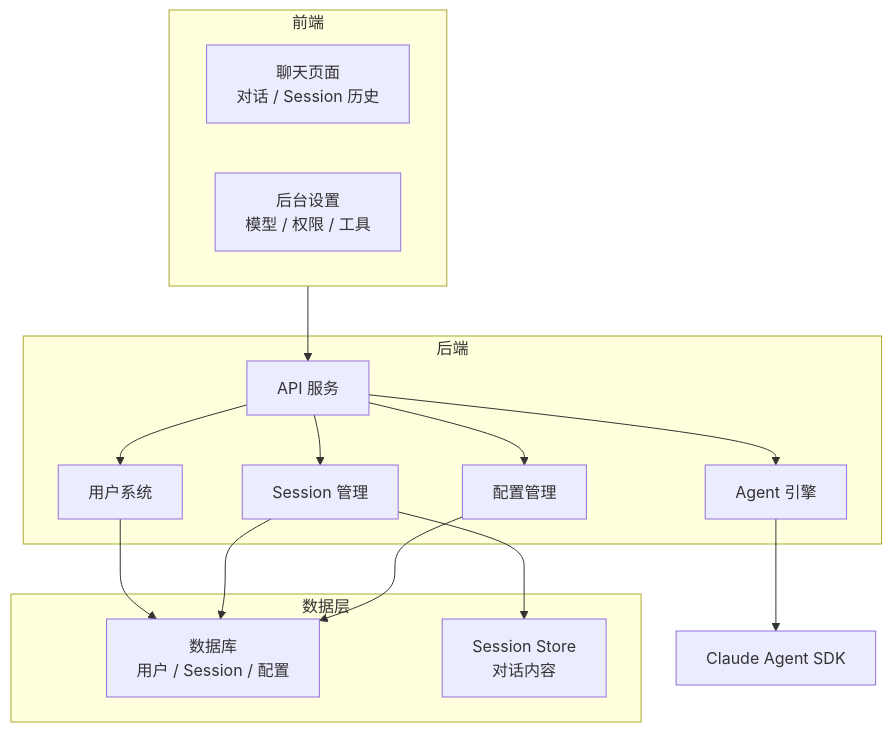
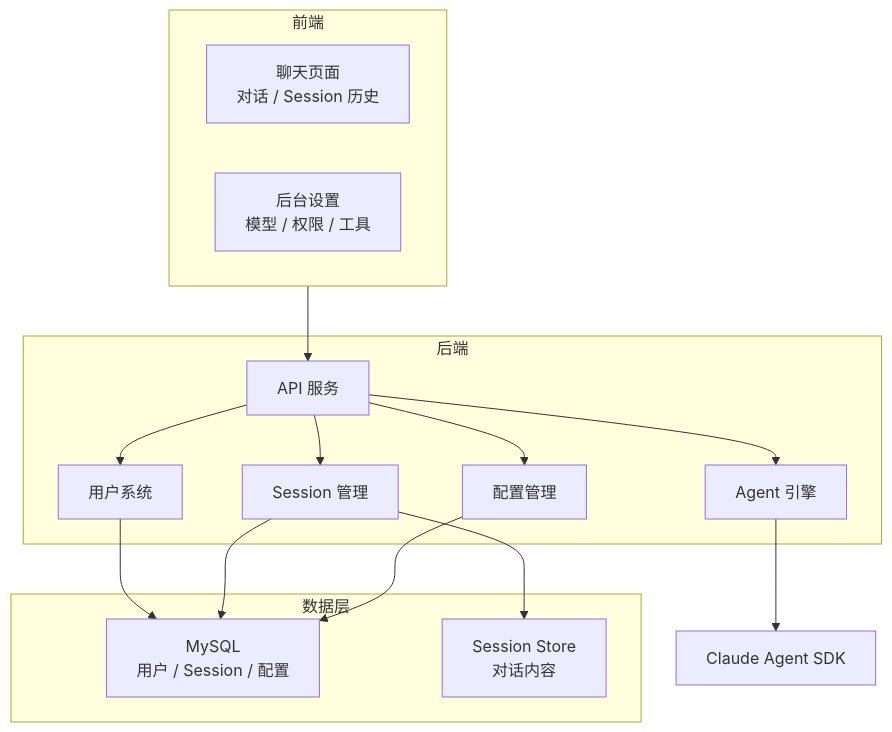
Before and after one commit to xiaocaipi/mm-doc: the first of 9 diagrams in agent/agent_project_design_1.md, drawn with Mermaid. The commit also changed other lines of this file, not shown here.

````diff
--- a/agent/agent_project_design_1.md
+++ b/agent/agent_project_design_1.md
@@ -41,31 +41,31 @@
 ```mermaid
 graph TB
     subgraph FRONTEND["前端"]
         CHAT["聊天页面<br/>对话 / Session 历史"]
         SETTINGS["后台设置<br/>模型 / 权限 / 工具"]
     end
 
     subgraph BACKEND["后端"]
         API["API 服务"]
         USER["用户系统"]
         SESSION["Session 管理"]
         AGENT["Agent 引擎"]
         CONFIG["配置管理"]
     end
 
     subgraph DATABASE["数据层"]
-        DB["数据库<br/>用户 / Session / 配置"]
+        DB["MySQL<br/>用户 / Session / 配置"]
         STORE["Session Store<br/>对话内容"]
     end
 
     FRONTEND --> API
     API --> USER
     API --> SESSION
     API --> AGENT
     API --> CONFIG
     USER --> DB
     SESSION --> DB
     SESSION --> STORE
     CONFIG --> DB
     AGENT --> SDK["Claude Agent SDK"]
 ```
````
